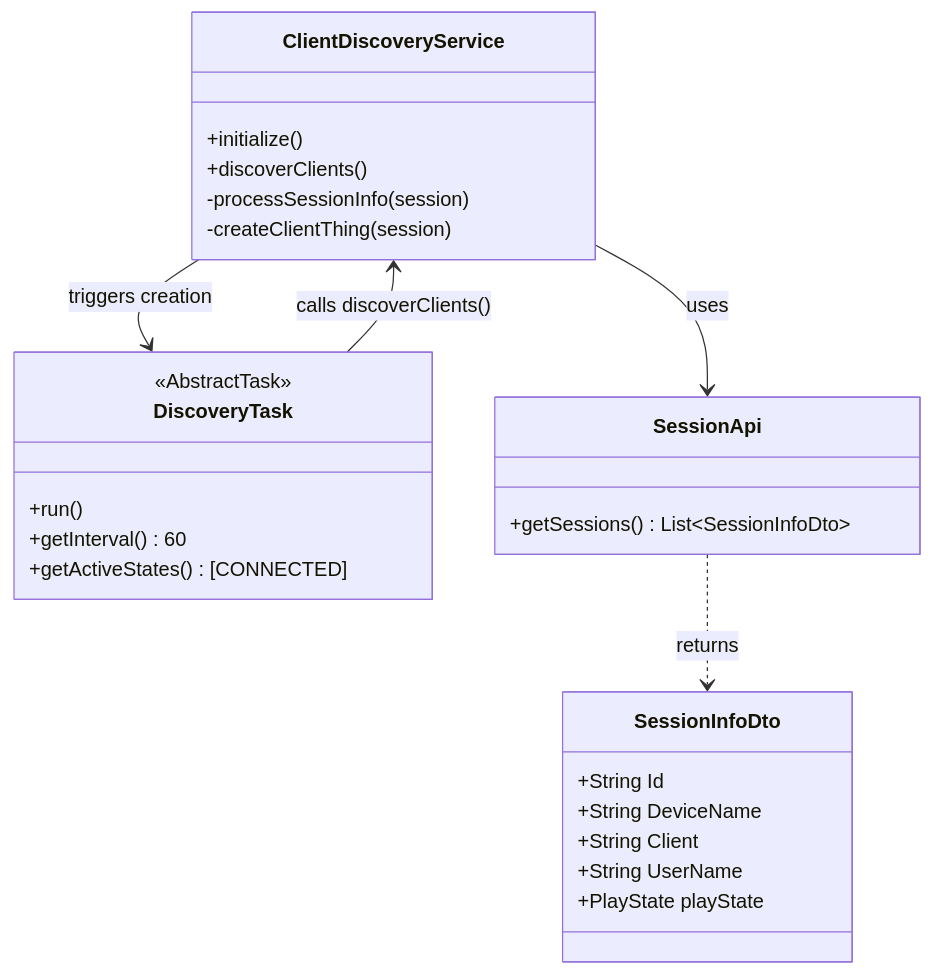
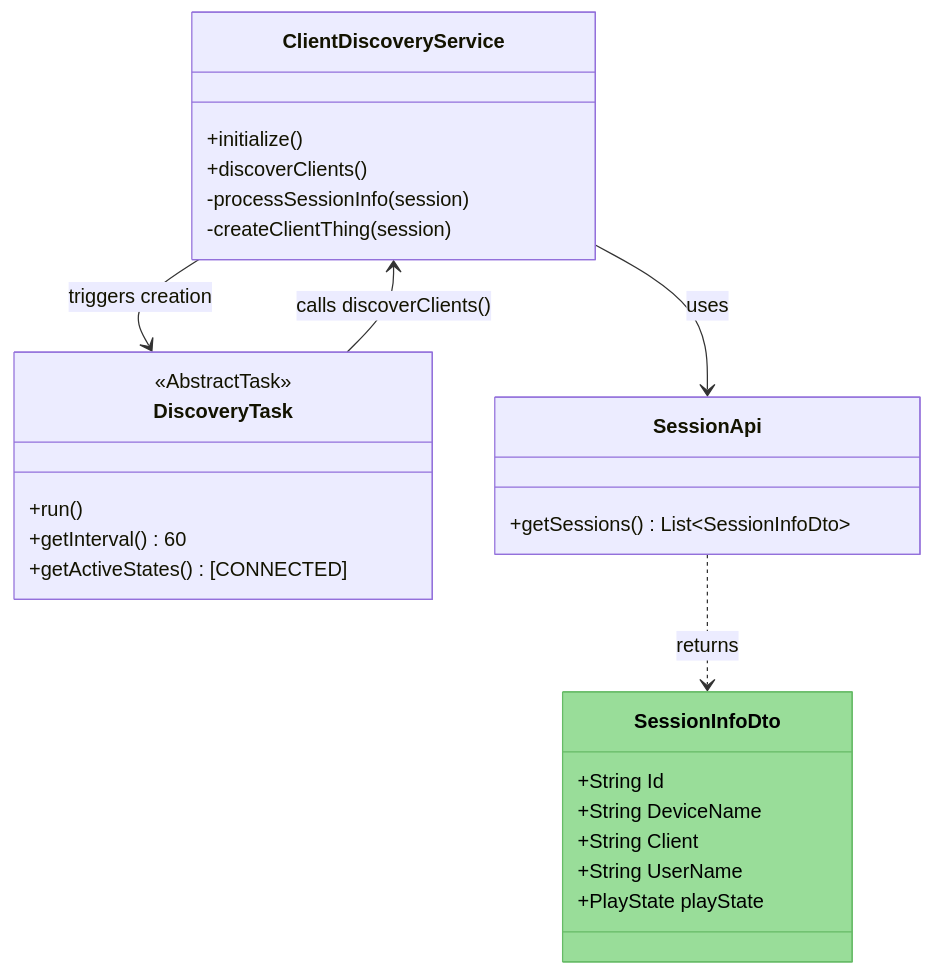
Before and after one commit to openhab/openhab-addons: the second of 3 diagrams in bundles/org.openhab.binding.jellyfin/docs/architecture/discovery.md, drawn with Mermaid. The commit also changed 5 other files, not shown here.

````diff
--- a/bundles/org.openhab.binding.jellyfin/docs/architecture/discovery.md
+++ b/bundles/org.openhab.binding.jellyfin/docs/architecture/discovery.md
@@ -67,37 +67,36 @@
 ```mermaid
 classDiagram
     ClientDiscoveryService --> DiscoveryTask : triggers creation
     ClientDiscoveryService --> SessionApi : uses
     DiscoveryTask --> ClientDiscoveryService : calls discoverClients()
     SessionApi ..> SessionInfoDto : returns
 
     class ClientDiscoveryService {
         +initialize()
         +discoverClients()
         -processSessionInfo(session)
         -createClientThing(session)
     }
 
     class DiscoveryTask {
         <<AbstractTask>>
         +run()
         +getInterval() 60
         +getActiveStates() [CONNECTED]
     }
 
     class SessionApi {
         +getSessions() List~SessionInfoDto~
     }
 
     class SessionInfoDto {
         +String Id
         +String DeviceName
         +String Client
         +String UserName
         +PlayState playState
     }
 
     %% Color scheme for external libraries
-    classDef openhabApi fill:#99dd99,stroke:#66bb66,color:#000
-    cssClass "SessionInfoDto" openhabApi
+    style SessionInfoDto fill:#99dd99,stroke:#66bb66,color:#000
 ```
````
